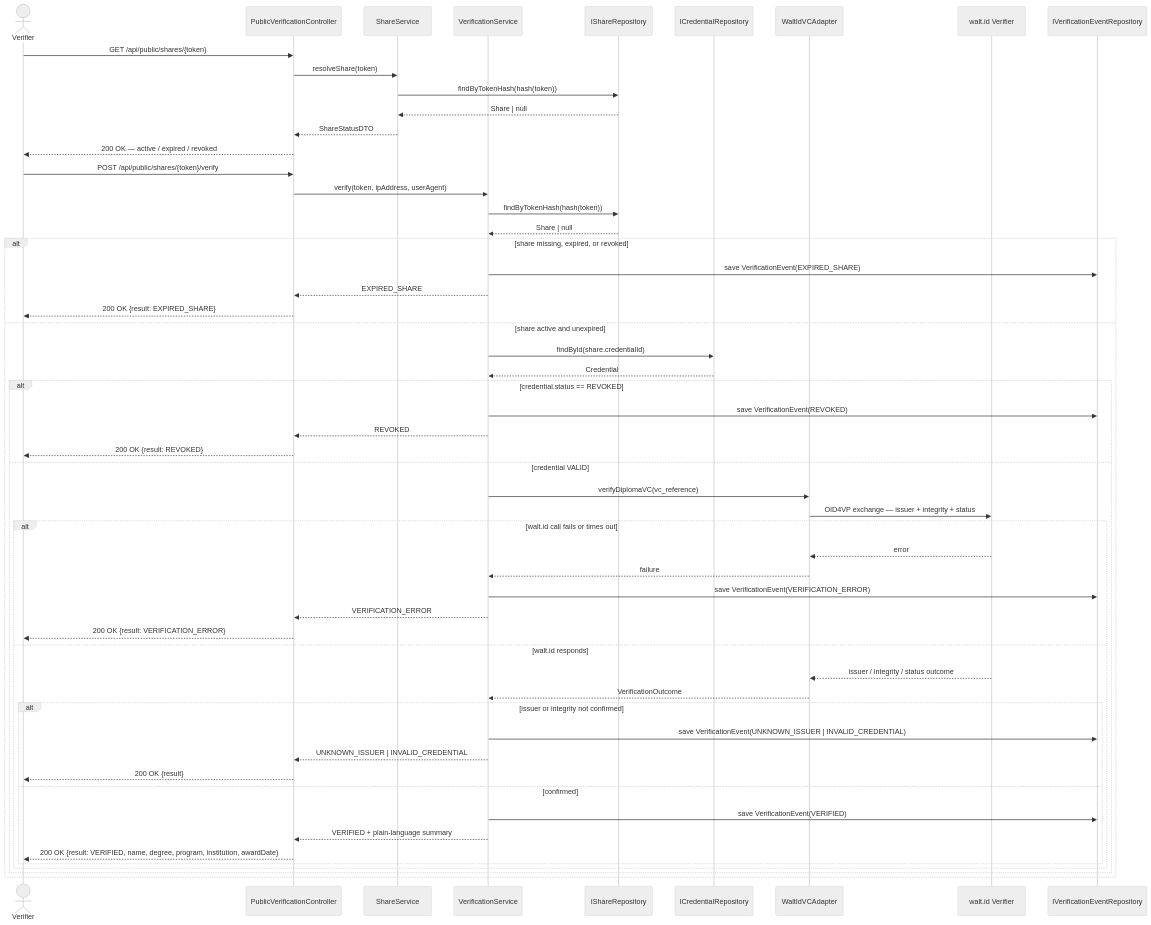
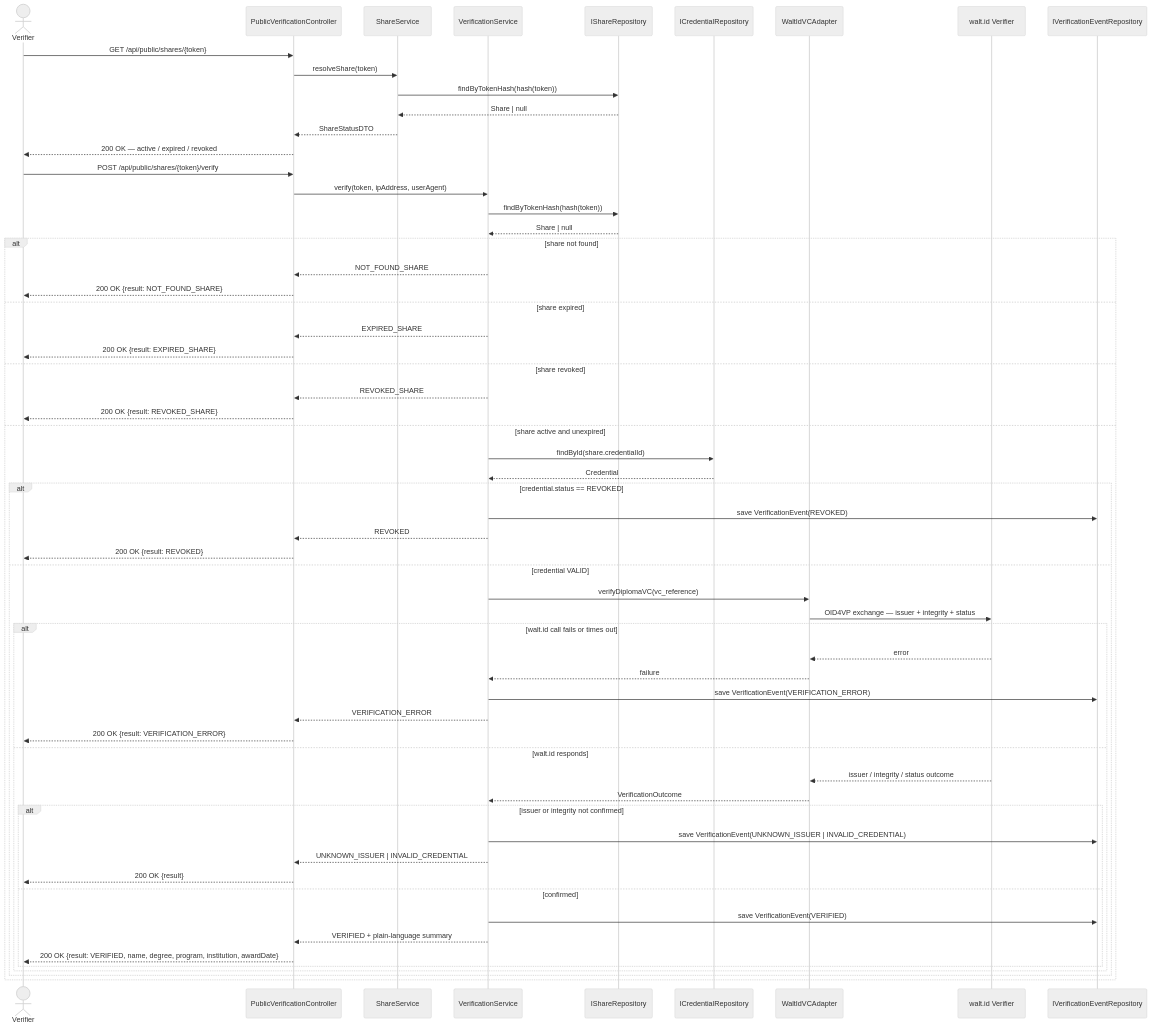
Before and after one commit to huypengin/UniDipVeri: the tenth of 15 diagrams in docs/03-design/Sequence_Diagram.md, drawn with Mermaid (neutral theme). The commit also changed other lines of this file and 23 other files, not shown here.

First line of the commit message:
docs(spec): refine credential expiry, share verification, and UI/UX specs

````diff
--- a/docs/03-design/Sequence_Diagram.md
+++ b/docs/03-design/Sequence_Diagram.md
@@ -421,63 +421,68 @@
 ```mermaid
 sequenceDiagram
     actor Verifier
     participant PVC as PublicVerificationController
     participant SS as ShareService
     participant VS as VerificationService
     participant SHRepo as IShareRepository
     participant CRepo as ICredentialRepository
     participant VC as WaltIdVCAdapter
     participant Walt as walt.id Verifier
     participant ERepo as IVerificationEventRepository
 
     Verifier->>PVC: GET /api/public/shares/{token}
     PVC->>SS: resolveShare(token)
     SS->>SHRepo: findByTokenHash(hash(token))
     SHRepo-->>SS: Share | null
     SS-->>PVC: ShareStatusDTO
     PVC-->>Verifier: 200 OK — active / expired / revoked
 
     Verifier->>PVC: POST /api/public/shares/{token}/verify
     PVC->>VS: verify(token, ipAddress, userAgent)
     VS->>SHRepo: findByTokenHash(hash(token))
     SHRepo-->>VS: Share | null
 
-    alt share missing, expired, or revoked
-        VS->>ERepo: save VerificationEvent(EXPIRED_SHARE)
+    alt share not found
+        VS-->>PVC: NOT_FOUND_SHARE
+        PVC-->>Verifier: 200 OK {result: NOT_FOUND_SHARE}
+    else share expired
         VS-->>PVC: EXPIRED_SHARE
         PVC-->>Verifier: 200 OK {result: EXPIRED_SHARE}
+    else share revoked
+        VS-->>PVC: REVOKED_SHARE
+        PVC-->>Verifier: 200 OK {result: REVOKED_SHARE}
     else share active and unexpired
         VS->>CRepo: findById(share.credentialId)
         CRepo-->>VS: Credential
 
         alt credential.status == REVOKED
             VS->>ERepo: save VerificationEvent(REVOKED)
             VS-->>PVC: REVOKED
             PVC-->>Verifier: 200 OK {result: REVOKED}
         else credential VALID
             VS->>VC: verifyDiplomaVC(vc_reference)
             VC->>Walt: OID4VP exchange — issuer + integrity + status
 
             alt walt.id call fails or times out
                 Walt-->>VC: error
                 VC-->>VS: failure
                 VS->>ERepo: save VerificationEvent(VERIFICATION_ERROR)
                 VS-->>PVC: VERIFICATION_ERROR
                 PVC-->>Verifier: 200 OK {result: VERIFICATION_ERROR}
             else walt.id responds
                 Walt-->>VC: issuer / integrity / status outcome
                 VC-->>VS: VerificationOutcome
 
                 alt issuer or integrity not confirmed
                     VS->>ERepo: save VerificationEvent(UNKNOWN_ISSUER | INVALID_CREDENTIAL)
                     VS-->>PVC: UNKNOWN_ISSUER | INVALID_CREDENTIAL
                     PVC-->>Verifier: 200 OK {result}
                 else confirmed
                     VS->>ERepo: save VerificationEvent(VERIFIED)
                     VS-->>PVC: VERIFIED + plain-language summary
                     PVC-->>Verifier: 200 OK {result: VERIFIED, name, degree, program, institution, awardDate}
                 end
             end
         end
     end
 ```
````
